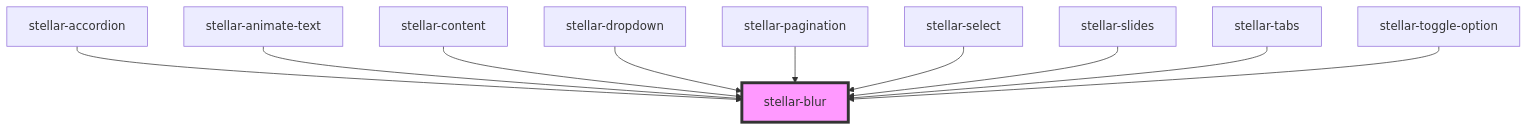
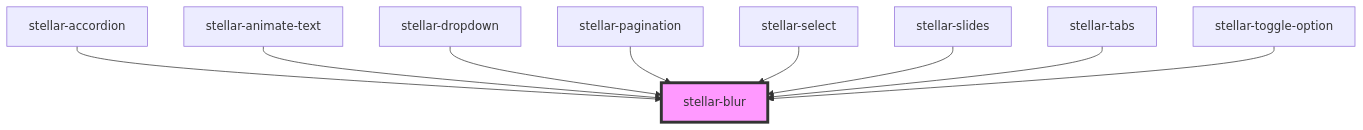
Before and after one commit to splitinfinities/Stellar: the diagram in src/components/motion/blur/readme.md, drawn with Mermaid. The commit also changed other lines of this file and 3 other files, not shown here.

````diff
--- a/src/components/motion/blur/readme.md
+++ b/src/components/motion/blur/readme.md
@@ -71,13 +70,12 @@
 ```mermaid
 graph TD;
   stellar-accordion --> stellar-blur
   stellar-animate-text --> stellar-blur
-  stellar-content --> stellar-blur
   stellar-dropdown --> stellar-blur
   stellar-pagination --> stellar-blur
   stellar-select --> stellar-blur
   stellar-slides --> stellar-blur
   stellar-tabs --> stellar-blur
   stellar-toggle-option --> stellar-blur
   style stellar-blur fill:#f9f,stroke:#333,stroke-width:4px
 ```
````
